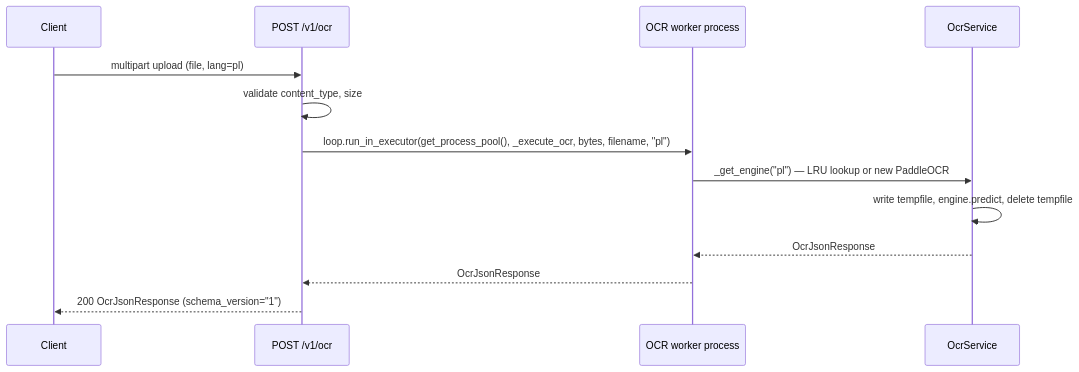
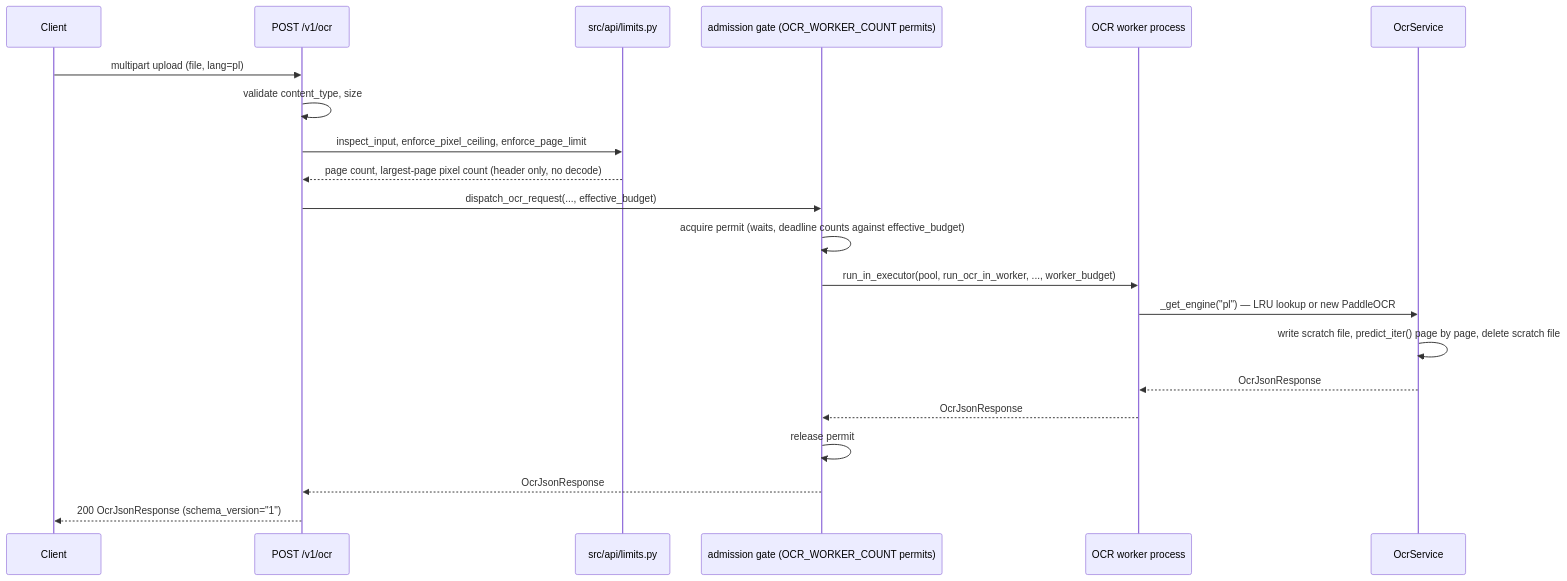
The second of 4 diagrams in PaddleOCR/docs/architecture/arc42/06-runtime-view.md (Lukk17/AscendAI), drawn with Mermaid before and after one commit. The commit also changed other lines of this file and 32 other files, not shown here.

````diff
--- a/PaddleOCR/docs/architecture/arc42/06-runtime-view.md
+++ b/PaddleOCR/docs/architecture/arc42/06-runtime-view.md
@@ -40,16 +41,24 @@
 ```mermaid
 sequenceDiagram
     participant Client
     participant REST as POST /v1/ocr
+    participant Limits as src/api/limits.py
+    participant Gate as admission gate (OCR_WORKER_COUNT permits)
     participant Pool as OCR worker process
     participant OcrSvc as OcrService
 
     Client->>REST: multipart upload (file, lang=pl)
     REST->>REST: validate content_type, size
-    REST->>Pool: loop.run_in_executor(get_process_pool(), _execute_ocr, bytes, filename, "pl")
+    REST->>Limits: inspect_input, enforce_pixel_ceiling, enforce_page_limit
+    Limits-->>REST: page count, largest-page pixel count (header only, no decode)
+    REST->>Gate: dispatch_ocr_request(..., effective_budget)
+    Gate->>Gate: acquire permit (waits, deadline counts against effective_budget)
+    Gate->>Pool: run_in_executor(pool, run_ocr_in_worker, ..., worker_budget)
     Pool->>OcrSvc: _get_engine("pl") — LRU lookup or new PaddleOCR
-    OcrSvc->>OcrSvc: write tempfile, engine.predict, delete tempfile
+    OcrSvc->>OcrSvc: write scratch file, predict_iter() page by page, delete scratch file
     OcrSvc-->>Pool: OcrJsonResponse
-    Pool-->>REST: OcrJsonResponse
+    Pool-->>Gate: OcrJsonResponse
+    Gate->>Gate: release permit
+    Gate-->>REST: OcrJsonResponse
     REST-->>Client: 200 OcrJsonResponse (schema_version="1")
 ```
````
